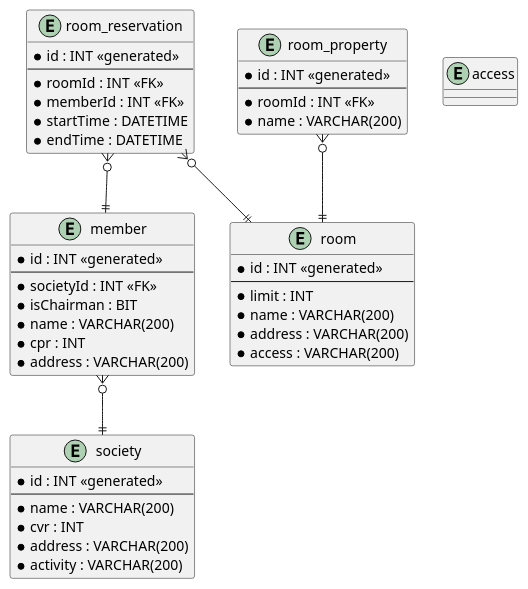
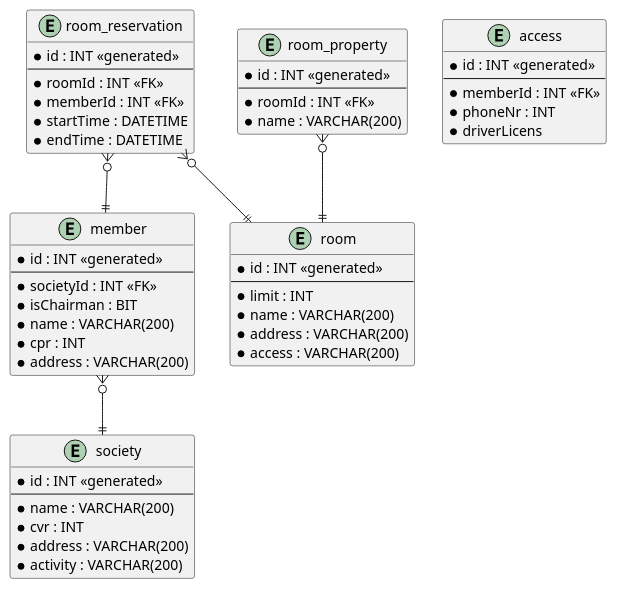
One commit to au-swte21-14/dab2 changed the diagram in EFCoreDab2/uml/er-diagram.puml. Above: the diagram before and after it, drawn with PlantUML.

Commit message:
added Access in er-diagram.puml

```diff
--- a/EFCoreDab2/uml/er-diagram.puml
+++ b/EFCoreDab2/uml/er-diagram.puml
@@ -1,57 +1,63 @@
 @startuml
 'https://plantuml.com/class-diagram
 
 entity society {
     * id : INT <<generated>>
     --
     * name : VARCHAR(200)
     * cvr : INT
     * address : VARCHAR(200)
     * activity : VARCHAR(200)
 }
 
 entity member {
     * id : INT <<generated>>
     --
     * societyId : INT <<FK>>
     * isChairman : BIT
     * name : VARCHAR(200)
     * cpr : INT
     * address : VARCHAR(200)
 }
 
 entity room {
     * id : INT <<generated>>
     --
     * limit : INT
     * name : VARCHAR(200)
     * address : VARCHAR(200)
     * access : VARCHAR(200)
 }
 
 entity room_property {
     * id : INT <<generated>>
     --
     * roomId : INT <<FK>>
     * name : VARCHAR(200)
 }
 
 entity room_reservation {
     * id : INT <<generated>>
     --
     * roomId : INT <<FK>>
     * memberId : INT <<FK>>
     * startTime : DATETIME
     * endTime : DATETIME
 }
 
-entity access
+entity access {
+    * id : INT <<generated>>
+    --
+    * memberId : INT <<FK>>
+    * phoneNr : INT
+    * driverLicens
+}
 
 
 
 member }o--|| society
 room_reservation }o--|| member
 room_reservation }o--|| room
 room_property }o--|| room
 
 @enduml
```
